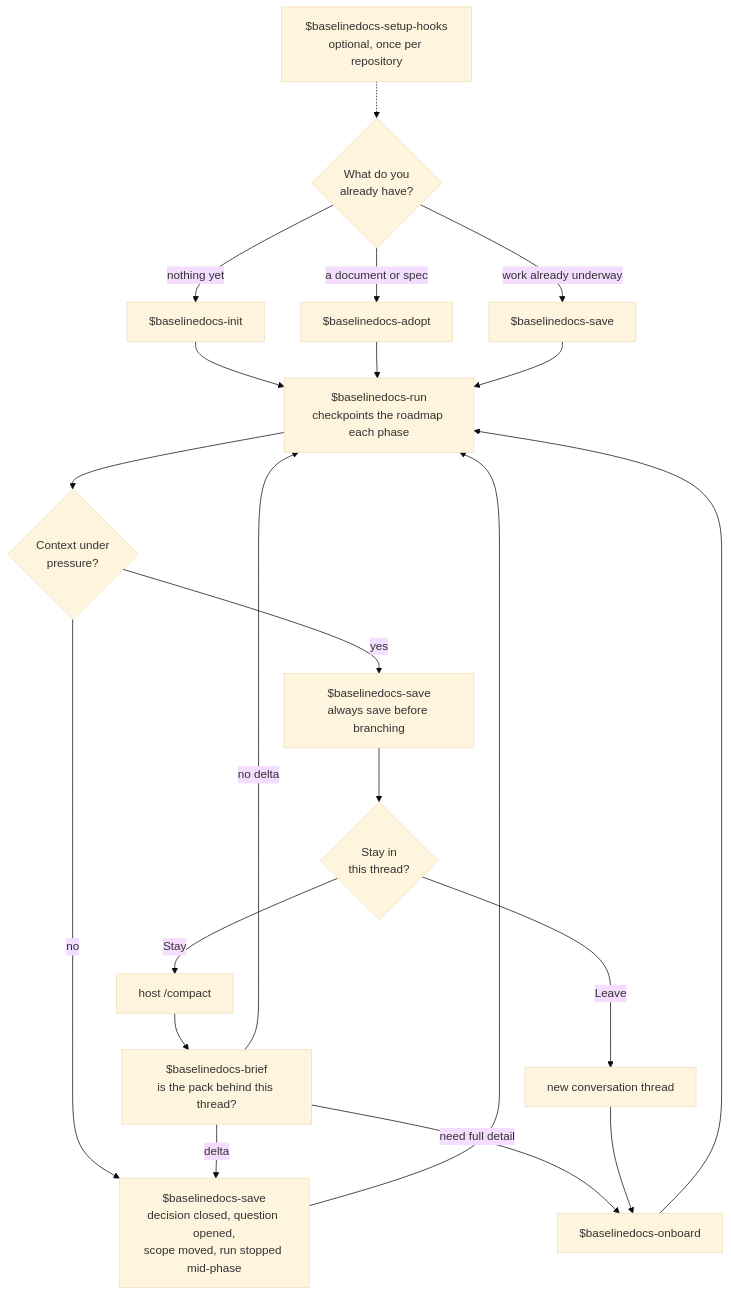
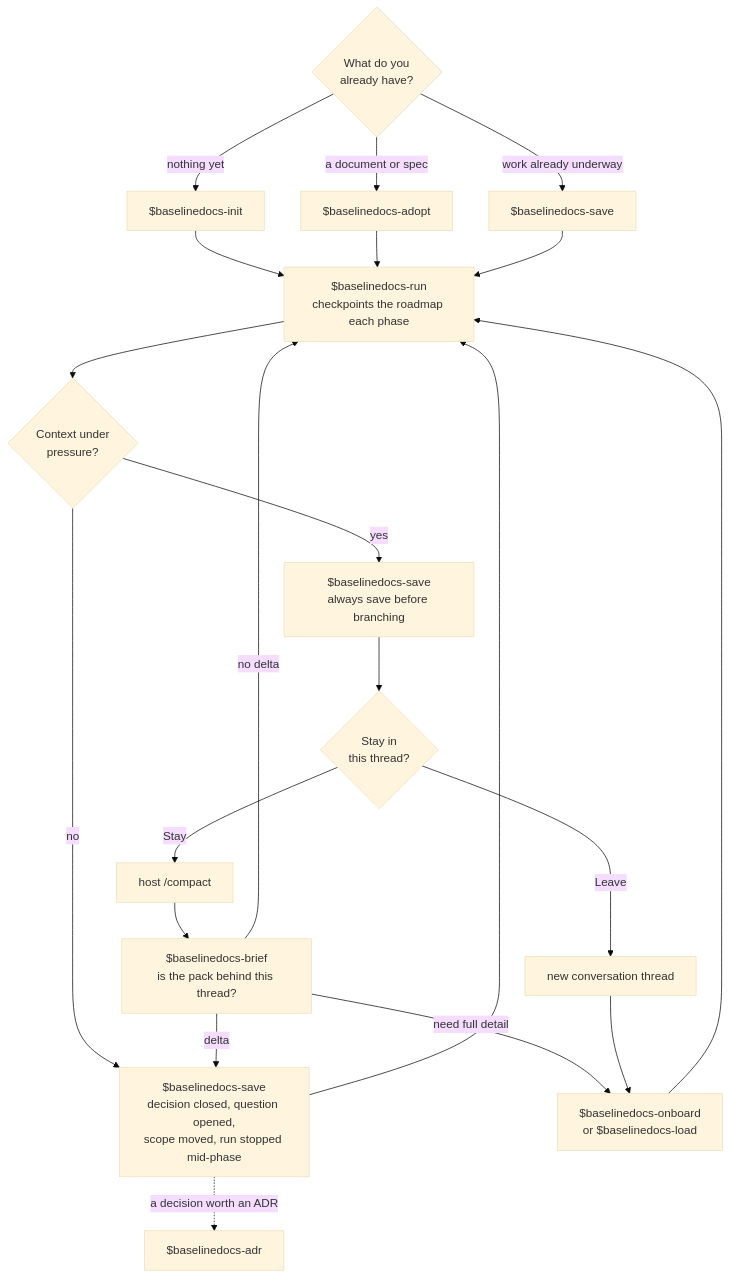
One commit to the-khiem7/Baselinedocs-Skills changed the diagram in README.md. Above: the diagram before and after it, drawn with Mermaid (base theme). The commit also changed other lines of this file, not shown here.

Commit message:
refactor: update workflow diagrams and clarify skill interactions in README

````diff
--- a/README.md
+++ b/README.md
@@ -19,33 +19,31 @@
 ```mermaid
 flowchart TD
-    HOOK["$baselinedocs-setup-hooks<br/>optional, once per repository"]
-    HOOK -.-> Q0
-
     Q0{"What do you<br/>already have?"}
     Q0 -->|"nothing yet"| INIT["$baselinedocs-init"]
     Q0 -->|"a document or spec"| ADOPT["$baselinedocs-adopt"]
     Q0 -->|"work already underway"| SAVE1["$baselinedocs-save"]
 
     INIT --> RUN
     ADOPT --> RUN
     SAVE1 --> RUN
 
     RUN["$baselinedocs-run<br/>checkpoints the roadmap each phase"]
     RUN --> Q1{"Context under<br/>pressure?"}
 
     Q1 -->|"no"| SAVE2["$baselinedocs-save<br/>decision closed, question opened,<br/>scope moved, run stopped mid-phase"]
     SAVE2 --> RUN
+    SAVE2 -.->|"a decision worth an ADR"| ADR["$baselinedocs-adr"]
 
     Q1 -->|"yes"| GATE["$baselinedocs-save<br/>always save before branching"]
     GATE --> Q2{"Stay in<br/>this thread?"}
 
     Q2 -->|"Stay"| CMP["host /compact"]
     CMP --> BRIEF["$baselinedocs-brief<br/>is the pack behind this thread?"]
     BRIEF -->|"no delta"| RUN
     BRIEF -->|"delta"| SAVE2
     BRIEF -->|"need full detail"| ONB
 
     Q2 -->|"Leave"| NEW["new conversation thread"]
-    NEW --> ONB["$baselinedocs-onboard"]
+    NEW --> ONB["$baselinedocs-onboard<br/>or $baselinedocs-load"]
     ONB --> RUN
 ```
````
